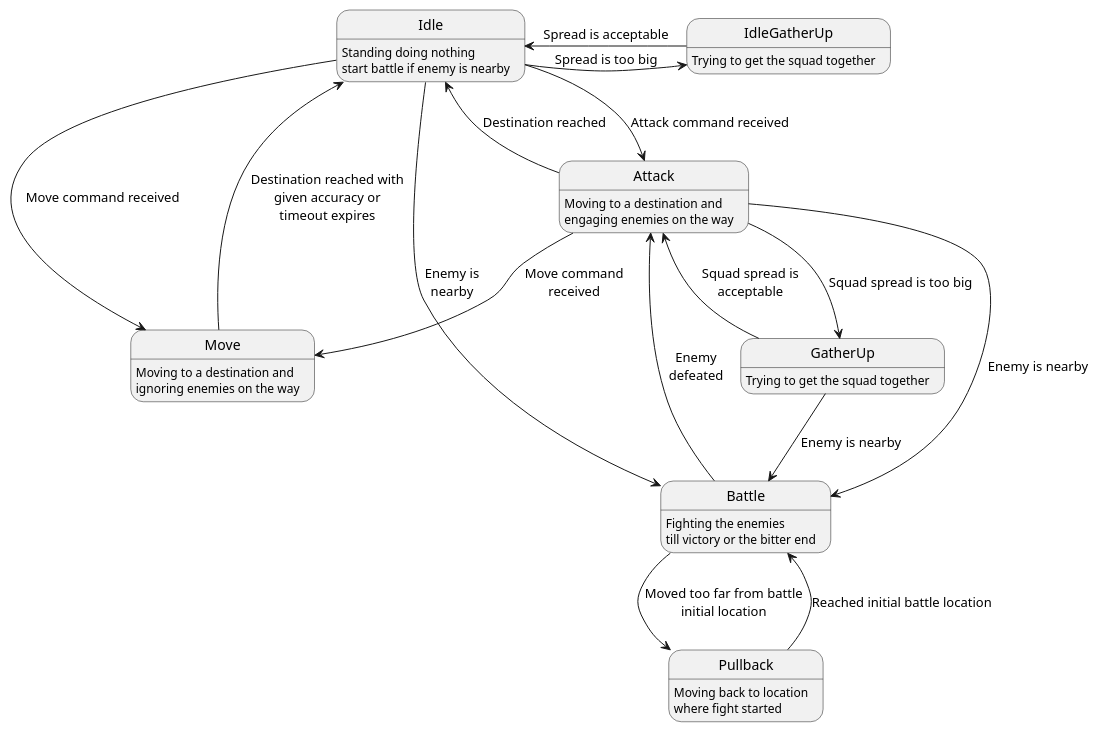
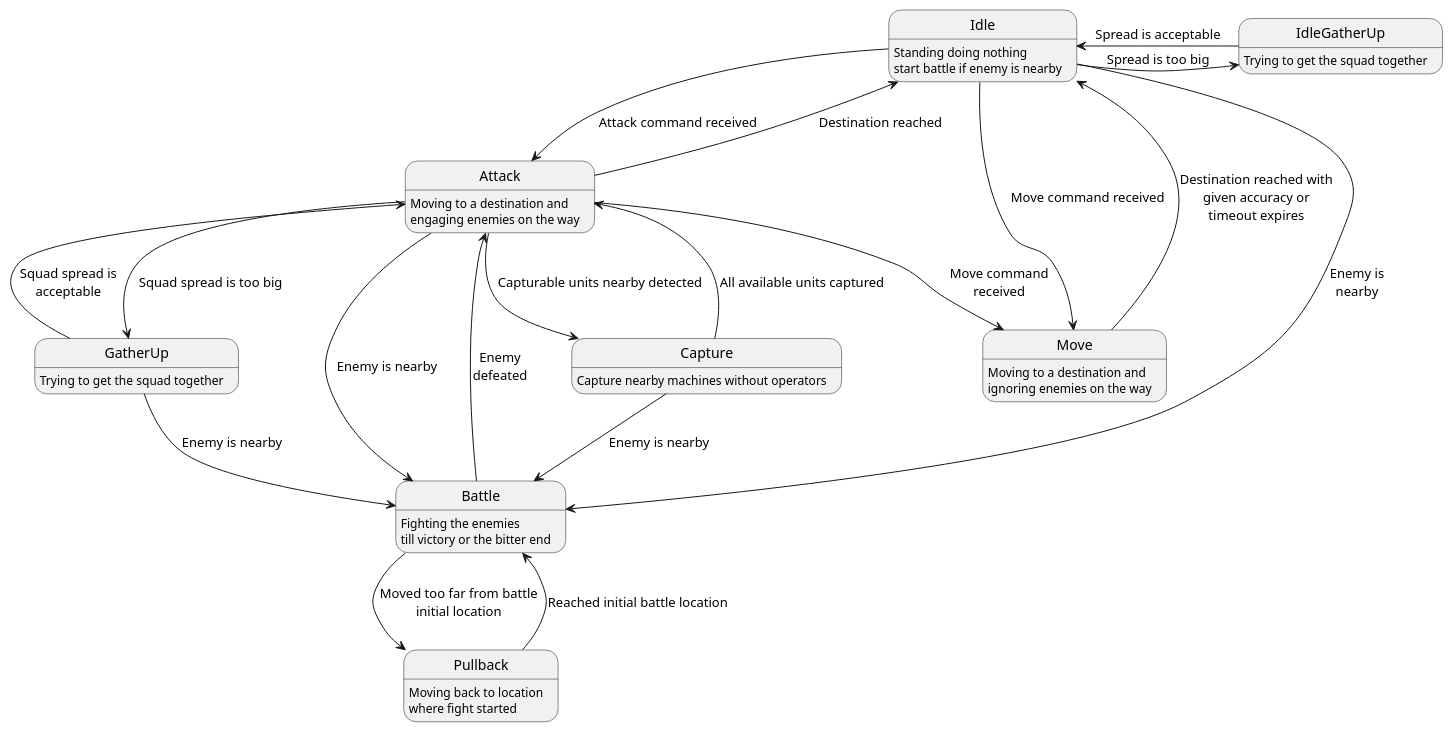
The diagram in Mods/Mara/Docs/SquadStates.puml (HordeResurrection/HordeScripts), drawn with PlantUML before and after one commit. The commit also changed 3 other files, not shown here.

```diff
--- a/Mods/Mara/Docs/SquadStates.puml
+++ b/Mods/Mara/Docs/SquadStates.puml
@@ -1,33 +1,38 @@
 @startuml squad states
 
 state Idle : Standing doing nothing\nstart battle if enemy is nearby
 state Move : Moving to a destination and\nignoring enemies on the way
 state Attack : Moving to a destination and\nengaging enemies on the way
+state Capture : Capture nearby machines without operators
 state GatherUp : Trying to get the squad together
 state Battle : Fighting the enemies\ntill victory or the bitter end
 state IdleGatherUp: Trying to get the squad together
 state Pullback: Moving back to location\nwhere fight started
 
 Idle --> Move: Move command received
 Idle --> Attack: Attack command received
 Idle --> Battle: Enemy is\nnearby
 Idle -> IdleGatherUp: Spread is too big
 
 Attack --> GatherUp: Squad spread is too big
 Attack --> Battle: Enemy is nearby
 Attack --> Idle: Destination reached
 Attack --> Move: Move command\nreceived
+Attack --> Capture: Capturable units nearby detected
 
 GatherUp --> Attack: Squad spread is\nacceptable
 GatherUp --> Battle: Enemy is nearby
+
+Capture --> Attack: All available units captured
+Capture --> Battle: Enemy is nearby
 
 Move --> Idle: Destination reached with\ngiven accuracy or\ntimeout expires
 
 Battle --> Attack: Enemy\ndefeated
 Battle --> Pullback: Moved too far from battle\ninitial location
 
 Pullback --> Battle: Reached initial battle location
 
 IdleGatherUp -> Idle: Spread is acceptable
 
 @enduml
```
